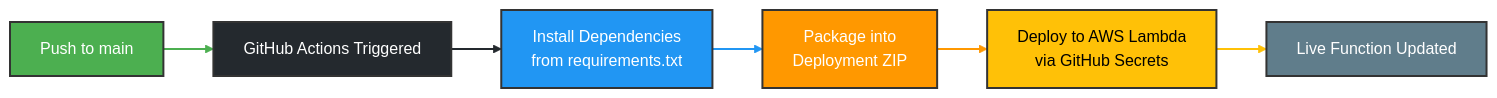
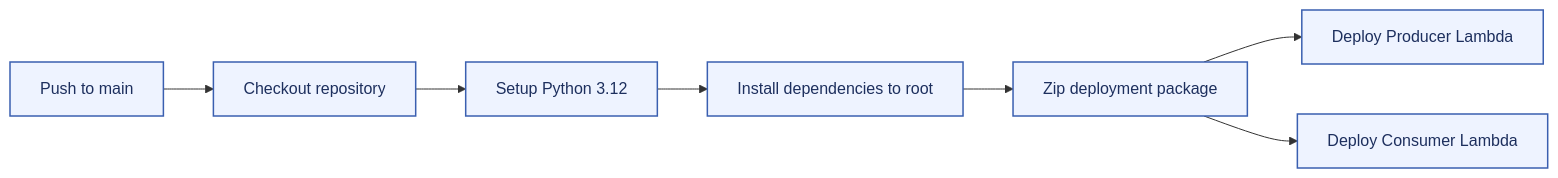
The third of 3 diagrams in README.md (A2p3kt/event-aggregator), drawn with Mermaid before and after one commit. The commit also changed other lines of this file, not shown here.

````diff
--- a/README.md
+++ b/README.md
@@ -149,21 +237,12 @@
 ```mermaid
-graph LR
-    A[Push to main] --> B[GitHub Actions Triggered]
-    B --> C[Install Dependencies<br/>from requirements.txt]
-    C --> D[Package into<br/>Deployment ZIP]
-    D --> E[Deploy to AWS Lambda<br/>via GitHub Secrets]
-    E --> F[Live Function Updated]
+flowchart LR
+    A[Push to main] --> B[Checkout repository]
+    B --> C[Setup Python 3.12]
+    C --> D[Install dependencies to root]
+    D --> E[Zip deployment package]
+    E --> F[Deploy Producer Lambda]
+    E --> G[Deploy Consumer Lambda]
 
-    style A fill:#4CAF50,stroke:#333,stroke-width:2px,color:#fff
-    style B fill:#24292e,stroke:#333,stroke-width:2px,color:#fff
-    style C fill:#2196F3,stroke:#333,stroke-width:2px,color:#fff
-    style D fill:#FF9800,stroke:#333,stroke-width:2px,color:#fff
-    style E fill:#FFC107,stroke:#333,stroke-width:2px,color:#000
-    style F fill:#607D8B,stroke:#333,stroke-width:2px,color:#fff
-
-    linkStyle 0 stroke:#4CAF50,stroke-width:2px
-    linkStyle 1 stroke:#24292e,stroke-width:2px
-    linkStyle 2 stroke:#2196F3,stroke-width:2px
-    linkStyle 3 stroke:#FF9800,stroke-width:2px
-    linkStyle 4 stroke:#FFC107,stroke-width:2px
+    classDef step fill:#eef3ff,stroke:#3a5fb0,stroke-width:1.5px,color:#1d2f5e
+    class A,B,C,D,E,F,G step
 ```
````
